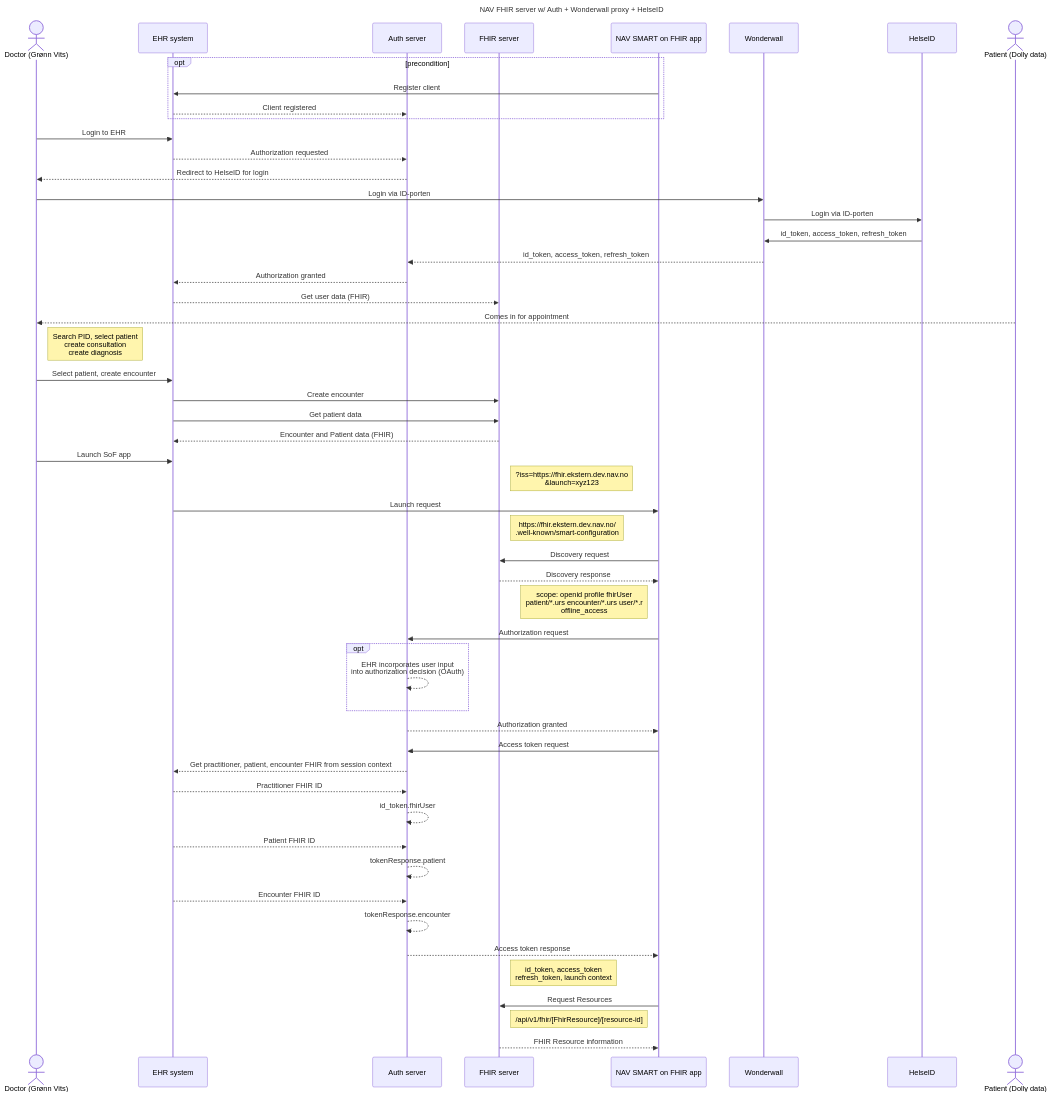
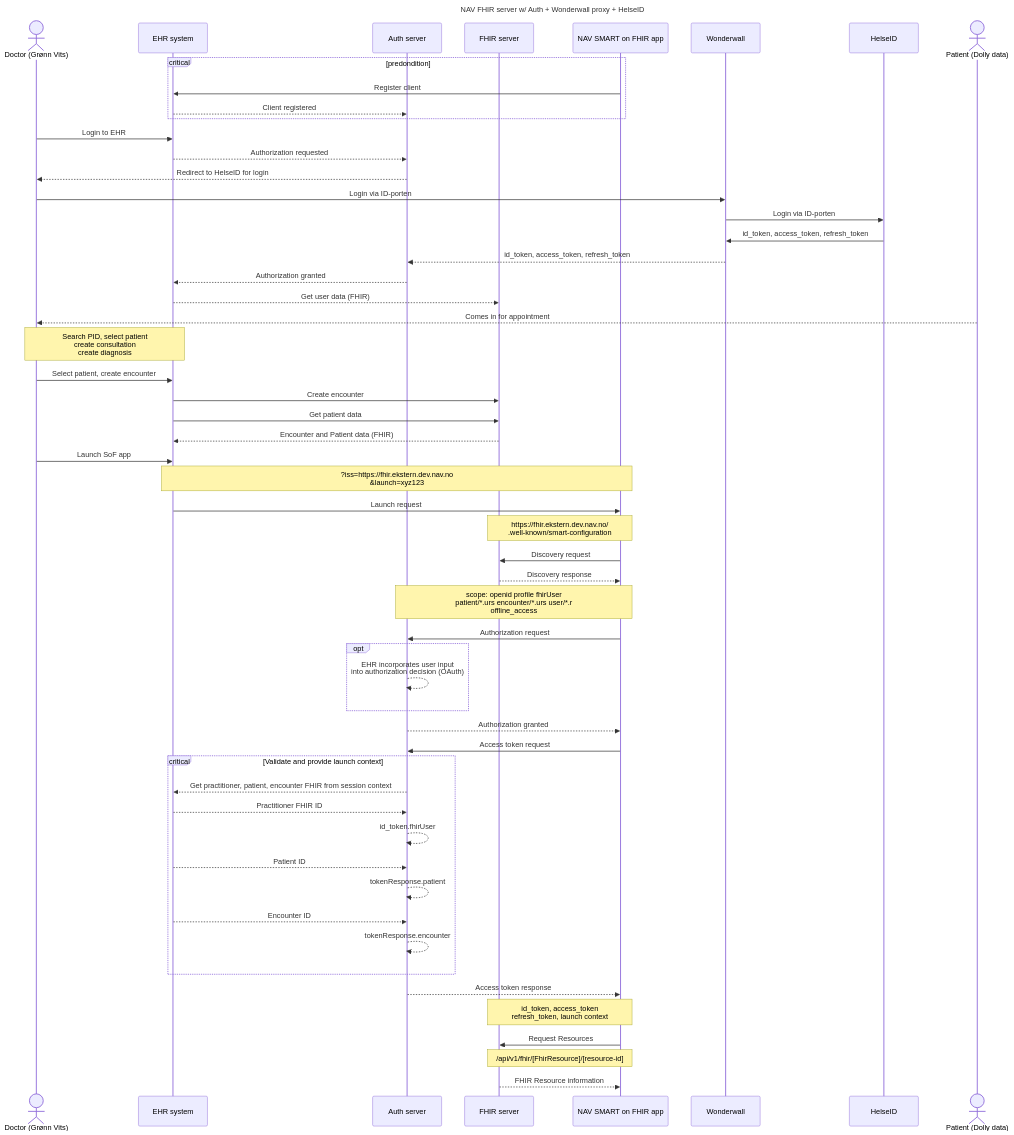
One commit to navikt/nav-fhir-server changed the diagram in README.md. Above: the diagram before and after it, drawn with Mermaid. The commit also changed 5 other files, not shown here.

````diff
--- a/README.md
+++ b/README.md
@@ -24,59 +24,61 @@
 ```mermaid
 ---
 title: NAV FHIR server w/ Auth + Wonderwall proxy + HelseID
 ---
 sequenceDiagram
     actor DOC as Doctor (Grønn Vits)
     participant EHR as EHR system
     participant AUTH as Auth server
     participant FHIR as FHIR server
     participant NAV as NAV SMART on FHIR app
     participant WALL as Wonderwall
     participant HID as HelseID
     actor PAT as Patient (Dolly data)
     
-    opt precondition 
+    critical predondition 
         NAV ->> EHR: Register client
         EHR -->> AUTH: Client registered
     end
     DOC ->> EHR: Login to EHR
     EHR -->> AUTH:  Authorization requested
     AUTH -->> DOC: Redirect to HelseID for login
     DOC ->> WALL: Login via ID-porten
     WALL ->> HID: Login via ID-porten
     HID ->> WALL: id_token, access_token, refresh_token
     WALL -->> AUTH: id_token, access_token, refresh_token
     AUTH -->> EHR:  Authorization granted
     EHR -->> FHIR:  Get user data (FHIR)
     PAT -->> DOC: Comes in for appointment
-    Note right of DOC: Search PID, select patient<br>create consultation<br>create diagnosis
+    Note over DOC,EHR: Search PID, select patient<br>create consultation<br>create diagnosis
     DOC ->> EHR: Select patient, create encounter
     EHR ->> FHIR: Create encounter
     EHR ->> FHIR: Get patient data
     FHIR -->> EHR: Encounter and Patient data (FHIR)
     DOC ->> EHR: Launch SoF app
-    Note right of FHIR: ?iss=https://fhir.ekstern.dev.nav.no<br>&launch=xyz123
+    Note over EHR,NAV: ?iss=https://fhir.ekstern.dev.nav.no<br>&launch=xyz123
     EHR ->> NAV: Launch request
-    Note right of FHIR: https://fhir.ekstern.dev.nav.no/<br>.well-known/smart-configuration
+    Note over NAV,FHIR: https://fhir.ekstern.dev.nav.no/<br>.well-known/smart-configuration
     NAV ->> FHIR: Discovery request
     FHIR -->> NAV: Discovery response
-    note left of NAV: scope: openid profile fhirUser<br>patient/*.urs encounter/*.urs user/*.r<br>offline_access
+    Note over NAV,AUTH: scope: openid profile fhirUser<br>patient/*.urs encounter/*.urs user/*.r<br>offline_access
     NAV ->> AUTH: Authorization request
     opt
         AUTH -->> AUTH: EHR incorporates user input<br>into authorization decision (OAuth)
     end
     AUTH -->> NAV: Authorization granted
     NAV ->> AUTH: Access token request
-    AUTH -->> EHR: Get practitioner, patient, encounter FHIR from session context
-    EHR -->> AUTH: Practitioner FHIR ID
-    AUTH -->> AUTH: id_token.fhirUser
-    EHR -->> AUTH: Patient FHIR ID
-    AUTH -->> AUTH: tokenResponse.patient
-    EHR -->> AUTH: Encounter FHIR ID
-    AUTH -->> AUTH: tokenResponse.encounter
+    critical Validate and provide launch context
+        AUTH -->> EHR: Get practitioner, patient, encounter FHIR from session context
+        EHR -->> AUTH: Practitioner FHIR ID
+        AUTH -->> AUTH: id_token.fhirUser
+        EHR -->> AUTH: Patient ID
+        AUTH -->> AUTH: tokenResponse.patient
+        EHR -->> AUTH: Encounter ID
+        AUTH -->> AUTH: tokenResponse.encounter
+    end
     AUTH -->> NAV: Access token response
-    Note right of FHIR: id_token, access_token<br>refresh_token, launch context
+    Note over NAV,FHIR: id_token, access_token<br>refresh_token, launch context
     NAV ->> FHIR: Request Resources
-    Note left of NAV: /api/v1/fhir/[FhirResource]/[resource-id]
+    Note over FHIR,NAV: /api/v1/fhir/[FhirResource]/[resource-id]
     FHIR -->> NAV: FHIR Resource information
 ```
````
